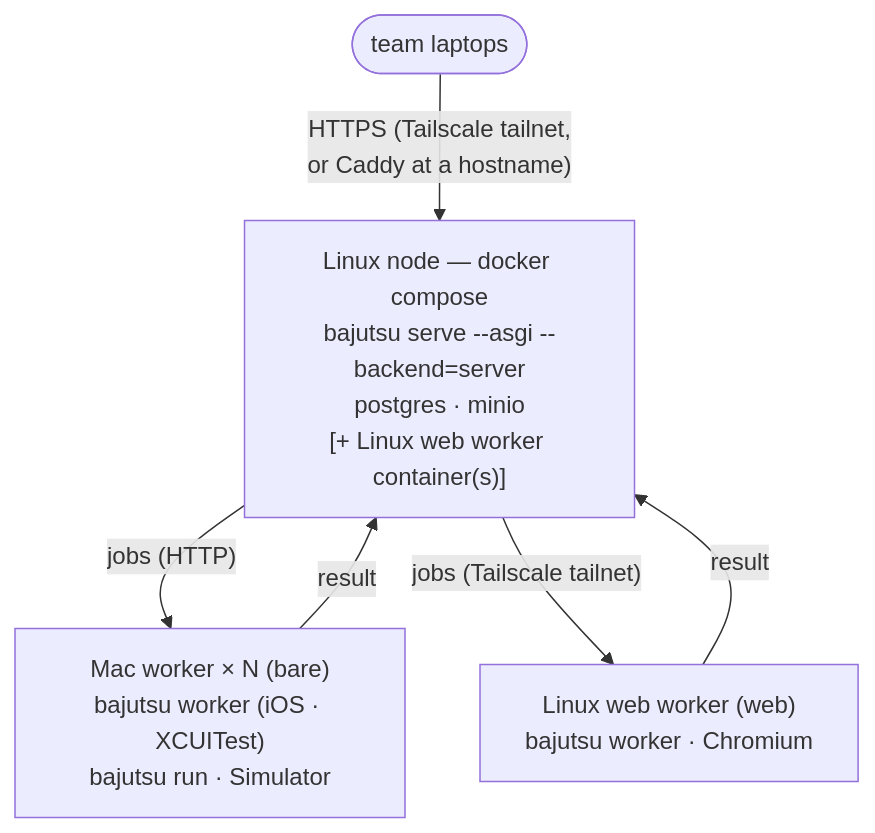
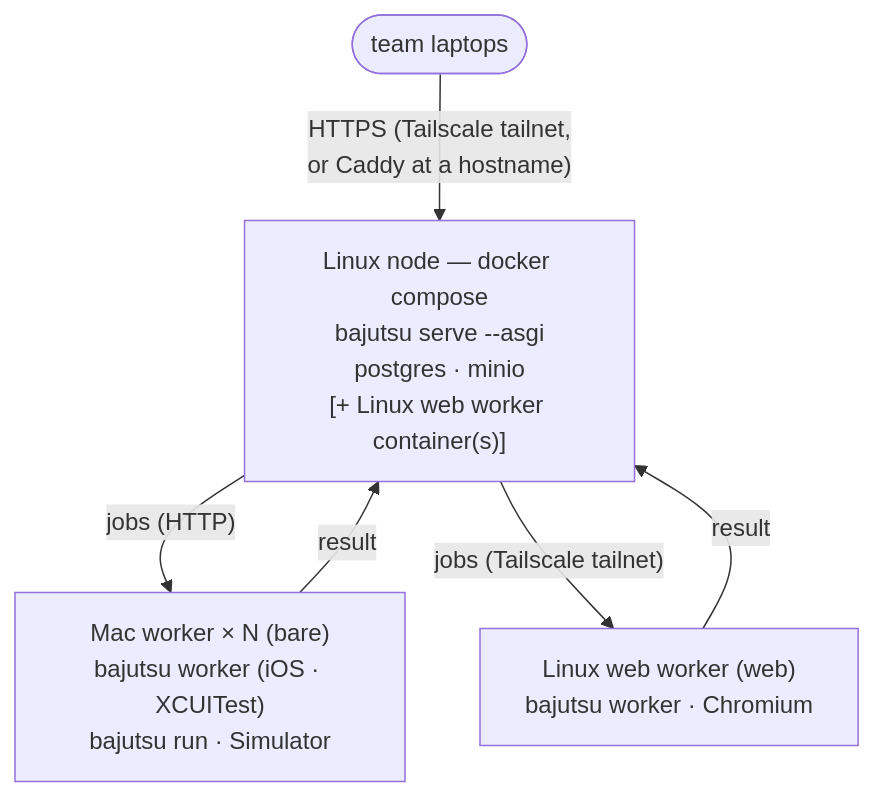
One commit to bajutsu-e2e/bajutsu changed the diagram in docs/self-hosting.md. Above: the diagram before and after it, drawn with Mermaid. The commit also changed other lines of this file and 64 other files, not shown here.

First line of the commit message:
feat(serve): remove the local executor; the server runs no job itself (BE-0449 unit 9)

````diff
--- a/docs/self-hosting.md
+++ b/docs/self-hosting.md
@@ -264,13 +264,13 @@
 ```mermaid
 flowchart TB
     laptops(["team laptops"])
-    control["Linux node — docker compose<br/>bajutsu serve --asgi --backend=server<br/>postgres · minio<br/>[+ Linux web worker container(s)]"]
+    control["Linux node — docker compose<br/>bajutsu serve --asgi<br/>postgres · minio<br/>[+ Linux web worker container(s)]"]
     macWorker["Mac worker × N (bare)<br/>bajutsu worker (iOS · XCUITest)<br/>bajutsu run · Simulator"]
     webWorker["Linux web worker (web)<br/>bajutsu worker · Chromium"]
 
     laptops -->|"HTTPS (Tailscale tailnet,<br/>or Caddy at a hostname)"| control
     control -->|"jobs (HTTP)"| macWorker
     macWorker -->|result| control
     control -->|"jobs (Tailscale tailnet)"| webWorker
     webWorker -->|result| control
 ```
````
